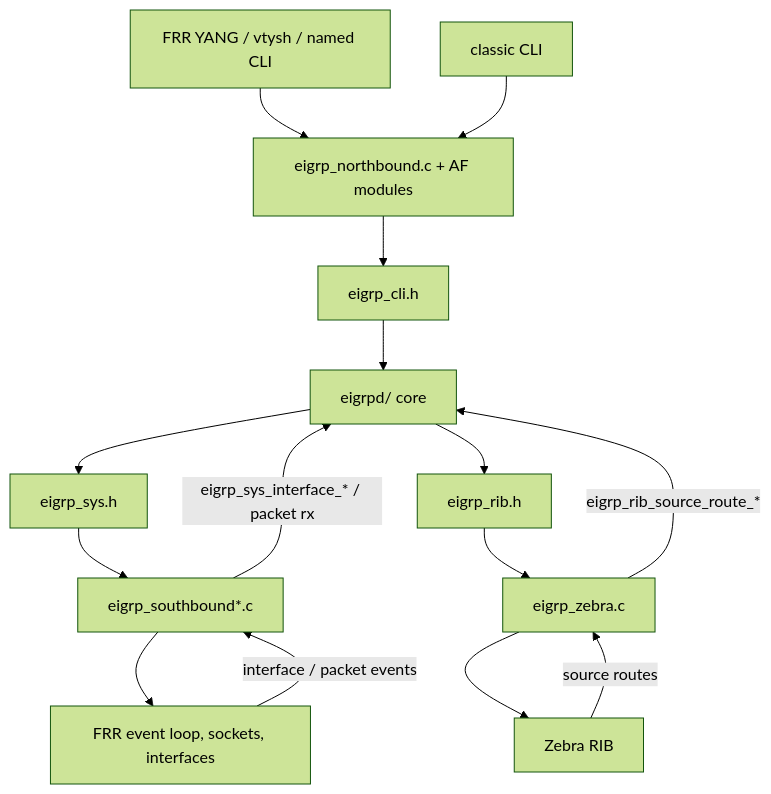
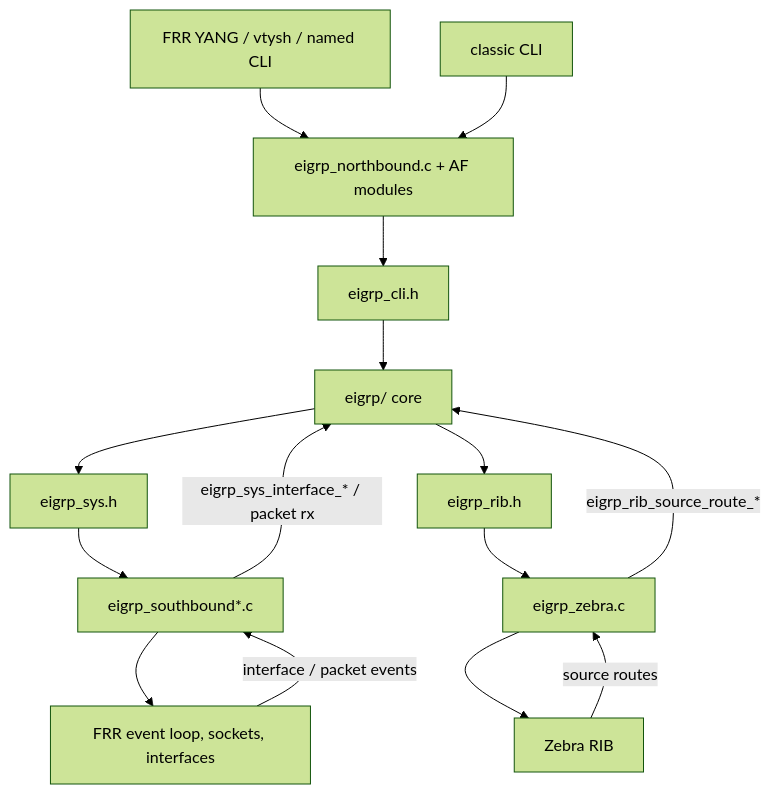
Before and after one commit to diivious/eigrp: the first of 2 diagrams in frr/README.md, drawn with Mermaid (forest theme). The commit also changed other lines of this file and 369 other files, not shown here.

````diff
--- a/frr/README.md
+++ b/frr/README.md
@@ -52,29 +60,29 @@
 ```mermaid
 flowchart TB
   yang["FRR YANG / vtysh / named CLI"]
   classic["classic CLI"]
   nb["eigrp_northbound.c + AF modules"]
   cli["eigrp_cli.h"]
-  core["eigrpd/ core"]
+  core["eigrp/ core"]
   sys["eigrp_sys.h"]
   rib["eigrp_rib.h"]
   sb["eigrp_southbound*.c"]
   zebra["eigrp_zebra.c"]
   frrsys["FRR event loop, sockets, interfaces"]
   frrrib["Zebra RIB"]
 
   yang --> nb
   classic --> nb
   nb --> cli
   cli --> core
   core --> sys
   core --> rib
   sys --> sb
   rib --> zebra
   sb --> frrsys
   zebra --> frrrib
   frrrib -->|"source routes"| zebra
   zebra -->|"eigrp_rib_source_route_*"| core
   frrsys -->|"interface / packet events"| sb
   sb -->|"eigrp_sys_interface_* / packet rx"| core
 ```
````
